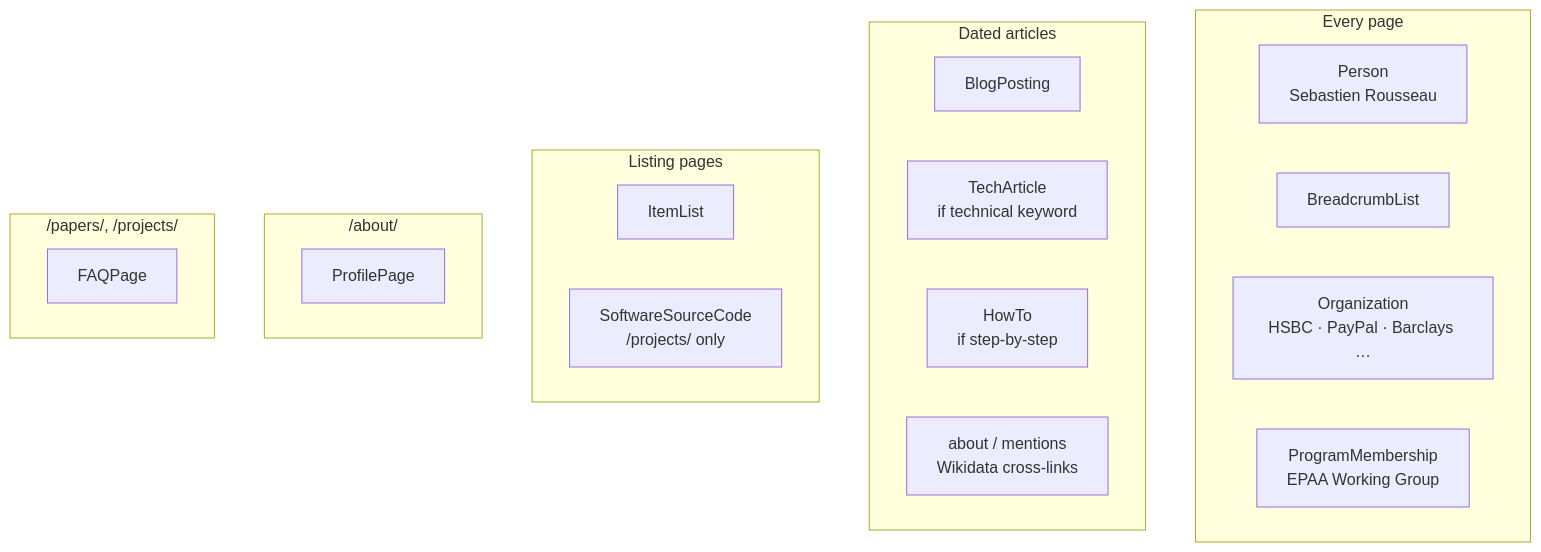
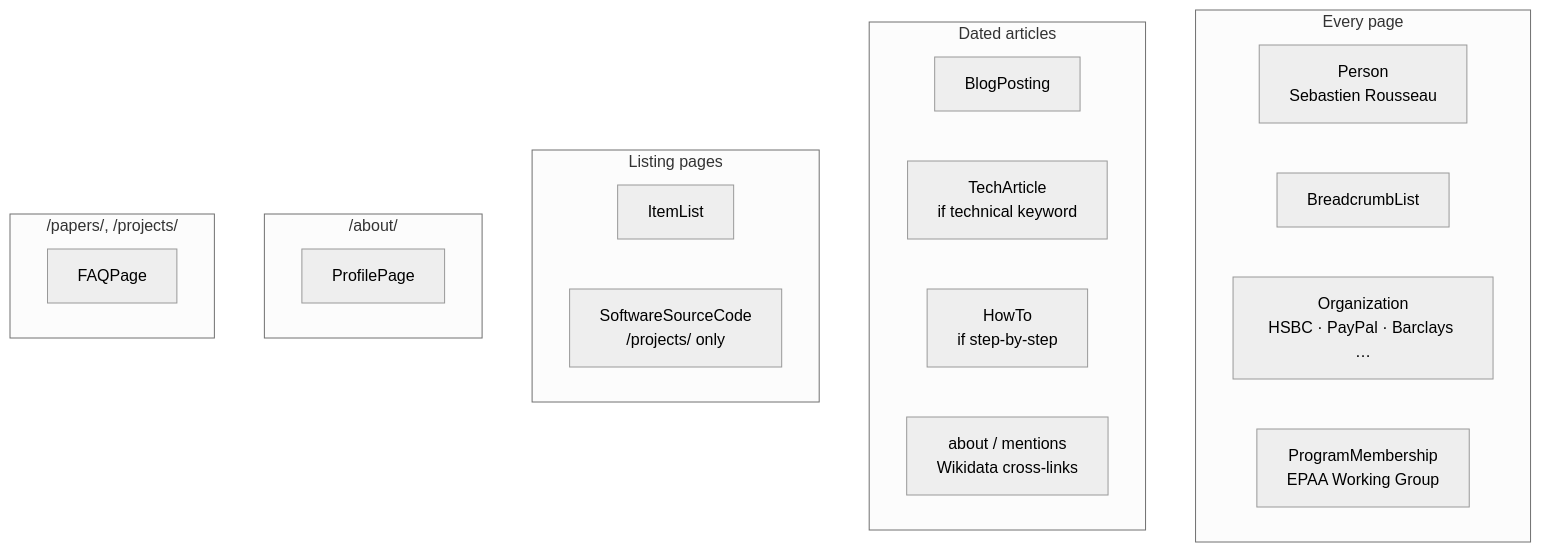
Before and after one commit to sebastienrousseau/sebastienrousseau.github.io: the first of 2 diagrams in doc/SCHEMAS.md, drawn with Mermaid. The commit also changed other lines of this file and 6 other files, not shown here.

First line of the commit message:
docs: clean Mermaid diagrams — neutral theme, no emoji, restructured long flows

````diff
--- a/doc/SCHEMAS.md
+++ b/doc/SCHEMAS.md
@@ -19,29 +19,30 @@
 ```mermaid
+%%{init: {'theme':'neutral'} }%%
 graph TB
-    subgraph EVERY["Every page"]
-        PERSON[Person<br/>Sebastien Rousseau]
-        BC[BreadcrumbList]
-        ORG[Organization<br/>HSBC · PayPal · Barclays …]
-        MEM[ProgramMembership<br/>EPAA Working Group]
-    end
+ subgraph EVERY["Every page"]
+ PERSON[Person<br/>Sebastien Rousseau]
+ BC[BreadcrumbList]
+ ORG[Organization<br/>HSBC · PayPal · Barclays …]
+ MEM[ProgramMembership<br/>EPAA Working Group]
+ end
 
-    subgraph ARTICLES["Dated articles"]
-        BP[BlogPosting]
-        TA[TechArticle<br/>if technical keyword]
-        HT[HowTo<br/>if step-by-step]
-        ABOUT[about / mentions<br/>Wikidata cross-links]
-    end
+ subgraph ARTICLES["Dated articles"]
+ BP[BlogPosting]
+ TA[TechArticle<br/>if technical keyword]
+ HT[HowTo<br/>if step-by-step]
+ ABOUT[about / mentions<br/>Wikidata cross-links]
+ end
 
-    subgraph LISTING["Listing pages"]
-        IL[ItemList]
-        SSC[SoftwareSourceCode<br/>/projects/ only]
-    end
+ subgraph LISTING["Listing pages"]
+ IL[ItemList]
+ SSC[SoftwareSourceCode<br/>/projects/ only]
+ end
 
-    subgraph PROFILE["/about/"]
-        PP[ProfilePage]
-    end
+ subgraph PROFILE["/about/"]
+ PP[ProfilePage]
+ end
 
-    subgraph FAQ["/papers/, /projects/"]
-        FAQP[FAQPage]
-    end
+ subgraph FAQ["/papers/, /projects/"]
+ FAQP[FAQPage]
+ end
 ```
````
